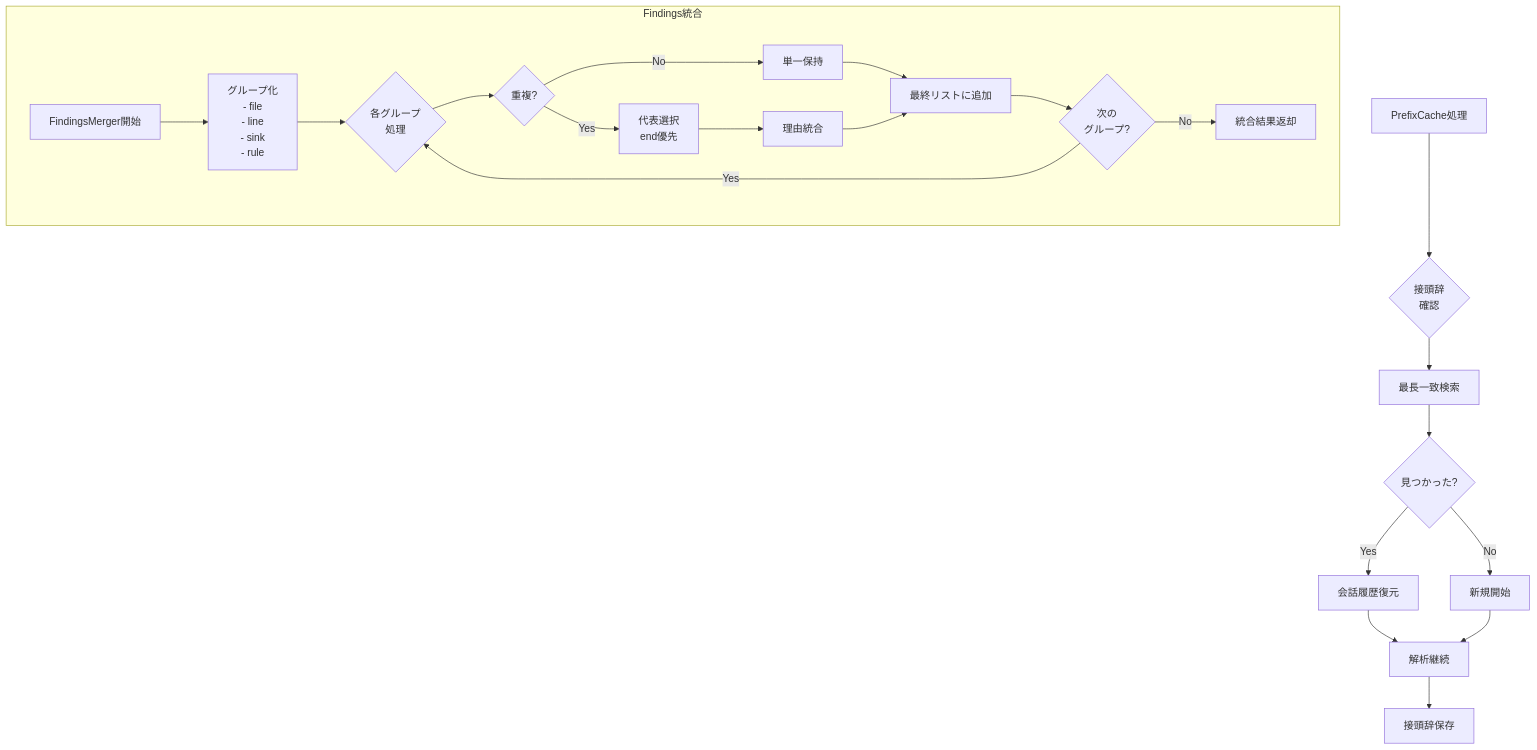
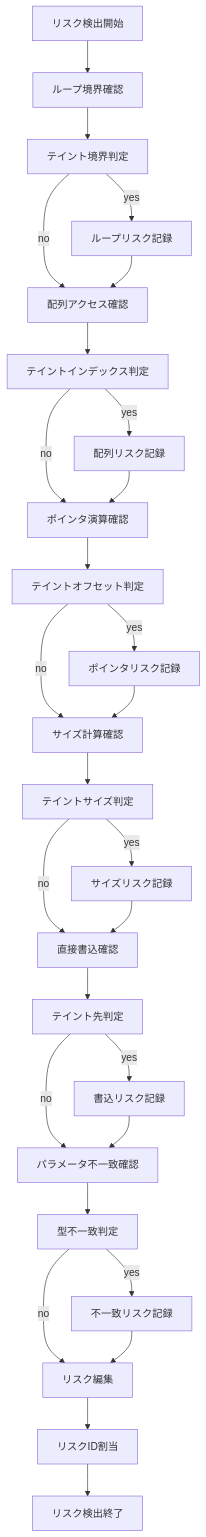
Diagram 11 of 23 in Document/Process_Flow.md (ta-061/tee-flow-inspector), drawn with Mermaid before and after one commit. The commit also changed other lines of this file and 2 other files, not shown here.

````diff
--- a/Document/Process_Flow.md
+++ b/Document/Process_Flow.md
@@ -630,35 +615,36 @@
 ```mermaid
-graph TB
-    CacheStart[PrefixCache処理]
-    CacheStart --> CheckPrefix{接頭辞<br/>確認}
+flowchart TD
+    StartRisk[リスク検出開始] --> CheckLoopBounds[ループ境界確認]
+    CheckLoopBounds --> IsTaintedBound[テイント境界判定]
+    IsTaintedBound -->|yes| RecordLoopRisk[ループリスク記録]
+    IsTaintedBound -->|no| CheckArrayAccess[配列アクセス確認]
     
-    CheckPrefix --> SearchCache[最長一致検索]
-    SearchCache --> Found{見つかった?}
+    RecordLoopRisk --> CheckArrayAccess
+    CheckArrayAccess --> IsTaintedIndex[テイントインデックス判定]
+    IsTaintedIndex -->|yes| RecordArrayRisk[配列リスク記録]
+    IsTaintedIndex -->|no| CheckPointerArith[ポインタ演算確認]
     
-    Found -->|Yes| RestoreConv[会話履歴復元]
-    Found -->|No| StartFresh[新規開始]
+    RecordArrayRisk --> CheckPointerArith
+    CheckPointerArith --> IsTaintedOffset[テイントオフセット判定]
+    IsTaintedOffset -->|yes| RecordPointerRisk[ポインタリスク記録]
+    IsTaintedOffset -->|no| CheckSizeCalc[サイズ計算確認]
     
-    RestoreConv --> ContinueAnalysis[解析継続]
-    StartFresh --> ContinueAnalysis
+    RecordPointerRisk --> CheckSizeCalc
+    CheckSizeCalc --> IsTaintedSize[テイントサイズ判定]
+    IsTaintedSize -->|yes| RecordSizeRisk[サイズリスク記録]
+    IsTaintedSize -->|no| CheckDirectWrite[直接書込確認]
     
-    ContinueAnalysis --> SavePrefix[接頭辞保存]
+    RecordSizeRisk --> CheckDirectWrite
+    CheckDirectWrite --> IsTaintedDest[テイント先判定]
+    IsTaintedDest -->|yes| RecordWriteRisk[書込リスク記録]
+    IsTaintedDest -->|no| CheckParamMismatch[パラメータ不一致確認]
     
-    subgraph Findings統合
-        MergeStart[FindingsMerger開始]
-        MergeStart --> GroupFindings[グループ化<br/>- file<br/>- line<br/>- sink<br/>- rule]
-        
-        GroupFindings --> ProcessGroups{各グループ<br/>処理}
-        
-        ProcessGroups --> CheckDup{重複?}
-        CheckDup -->|Yes| SelectBest[代表選択<br/>end優先]
-        CheckDup -->|No| KeepSingle[単一保持]
-        
-        SelectBest --> MergeReasons[理由統合]
-        KeepSingle --> AddToFinal
-        MergeReasons --> AddToFinal[最終リストに追加]
-        
-        AddToFinal --> NextGroup{次の<br/>グループ?}
-        NextGroup -->|Yes| ProcessGroups
-        NextGroup -->|No| ReturnMerged[統合結果返却]
-    end
+    RecordWriteRisk --> CheckParamMismatch
+    CheckParamMismatch --> IsTypeMismatch[型不一致判定]
+    IsTypeMismatch -->|yes| RecordMismatchRisk[不一致リスク記録]
+    IsTypeMismatch -->|no| CompileRisks[リスク編集]
+    
+    RecordMismatchRisk --> CompileRisks
+    CompileRisks --> AssignRiskIDs[リスクID割当]
+    AssignRiskIDs --> EndRisk[リスク検出終了]
 ```
````
